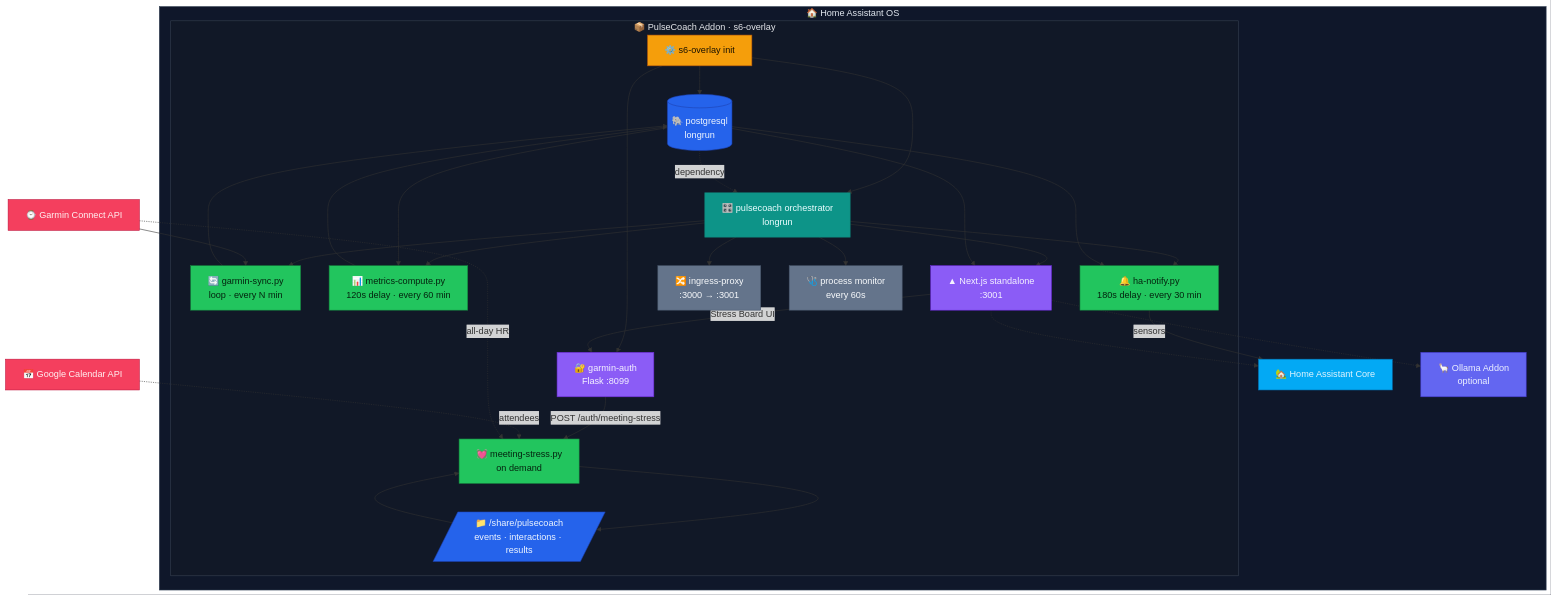
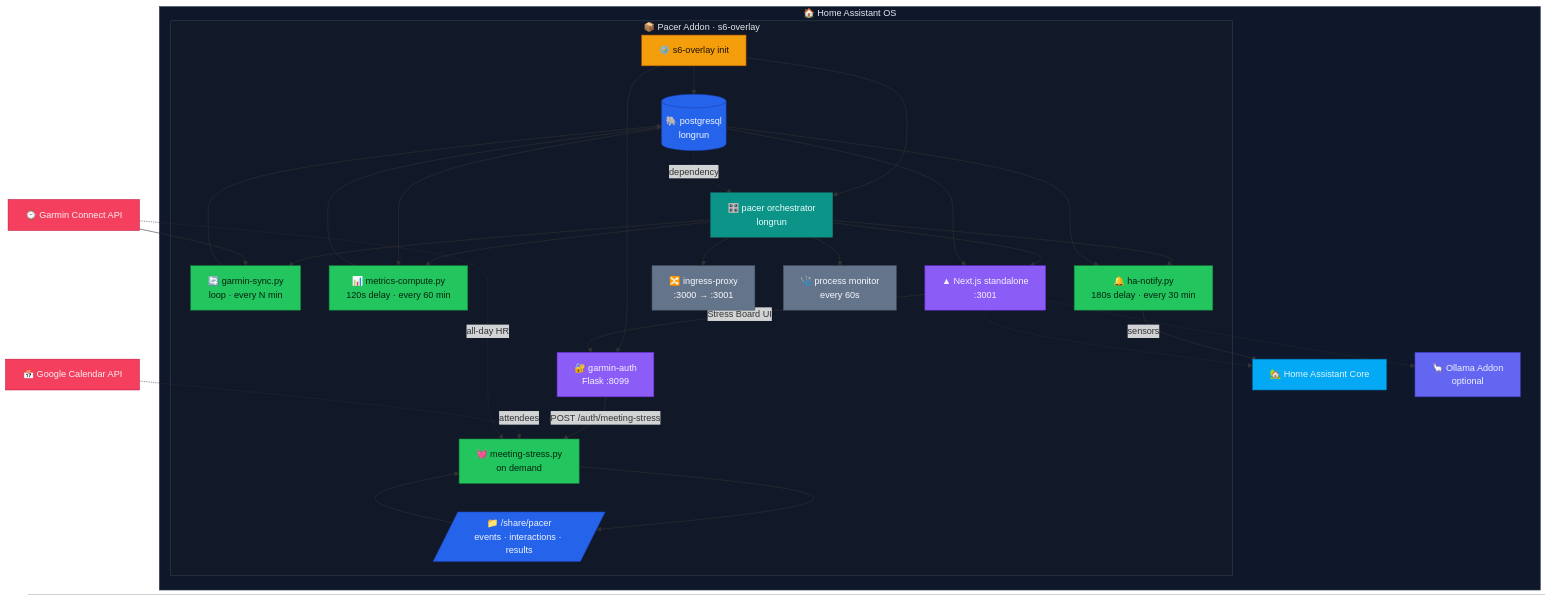
Before and after one commit to pdyroy/ha-garmin-addon: the diagram in README.md, drawn with Mermaid. The commit also changed other lines of this file and 363 other files, not shown here.

````diff
--- a/README.md
+++ b/README.md
@@ -148,75 +149,75 @@
 ```mermaid
 flowchart TD
     subgraph HAOS["🏠 Home Assistant OS"]
-        subgraph ADDON["📦 PulseCoach Addon · s6-overlay"]
+        subgraph ADDON["📦 Pacer Addon · s6-overlay"]
             S6["⚙️ s6-overlay init"]
             PG[("🐘 postgresql<br/>longrun")]
             Auth["🔐 garmin-auth<br/>Flask :8099"]
-            GC["🎛️ pulsecoach orchestrator<br/>longrun"]
+            GC["🎛️ pacer orchestrator<br/>longrun"]
             Sync["🔄 garmin-sync.py<br/>loop · every N min"]
             Metrics["📊 metrics-compute.py<br/>120s delay · every 60 min"]
             Notify["🔔 ha-notify.py<br/>180s delay · every 30 min"]
             NextJS["▲ Next.js standalone<br/>:3001"]
             Ingress["🔀 ingress-proxy<br/>:3000 → :3001"]
             Monitor["🩺 process monitor<br/>every 60s"]
             Stress["💓 meeting-stress.py<br/>on demand"]
-            Share[/"📁 /share/pulsecoach<br/>events · interactions · results"/]
+            Share[/"📁 /share/pacer<br/>events · interactions · results"/]
         end
         HA["🏡 Home Assistant Core"]
         Ollama["🦙 Ollama Addon<br/>optional"]
     end
 
     Garmin["⌚ Garmin Connect API"]
     GCal["📅 Google Calendar API"]
 
     S6 --> PG
     S6 --> Auth
     S6 --> GC
     PG -.->|dependency| GC
     GC --> Sync
     GC --> Metrics
     GC --> Notify
     GC --> NextJS
     GC --> Ingress
     GC --> Monitor
 
     Garmin --> Sync
     Sync --> PG
     PG --> Metrics
     Metrics --> PG
     PG --> Notify
     Notify -->|sensors| HA
     PG --> NextJS
     NextJS -.-> Ollama
     NextJS -.-> HA
 
     Auth -->|POST /auth/meeting-stress| Stress
     GCal -.->|attendees| Stress
     Garmin -.->|all-day HR| Stress
     Share --> Stress
     Stress --> Share
     NextJS -->|Stress Board UI| Auth
 
     classDef init fill:#f59e0b,stroke:#b45309,color:#1a1200,stroke-width:1px;
     classDef store fill:#2563eb,stroke:#1e40af,color:#eff6ff,stroke-width:1px;
     classDef service fill:#8b5cf6,stroke:#6d28d9,color:#f5f3ff,stroke-width:1px;
     classDef orch fill:#0d9488,stroke:#0f766e,color:#ecfeff,stroke-width:1px;
     classDef pyjob fill:#22c55e,stroke:#15803d,color:#04240f,stroke-width:1px;
     classDef proxy fill:#64748b,stroke:#475569,color:#f8fafc,stroke-width:1px;
     classDef external fill:#f43f5e,stroke:#be123c,color:#fff1f2,stroke-width:1px;
     classDef ha fill:#03a9f4,stroke:#0277bd,color:#e1f5fe,stroke-width:1px;
     classDef local fill:#6366f1,stroke:#4338ca,color:#eef2ff,stroke-width:1px;
 
     class S6 init;
     class PG,Share store;
     class Auth,NextJS service;
     class GC orch;
     class Sync,Metrics,Notify,Stress pyjob;
     class Ingress,Monitor proxy;
     class Garmin,GCal external;
     class Ollama local;
     class HA ha;
 
     style HAOS fill:#0f172a,stroke:#334155,color:#e2e8f0;
     style ADDON fill:#111827,stroke:#374151,color:#e5e7eb;
 ```
````
